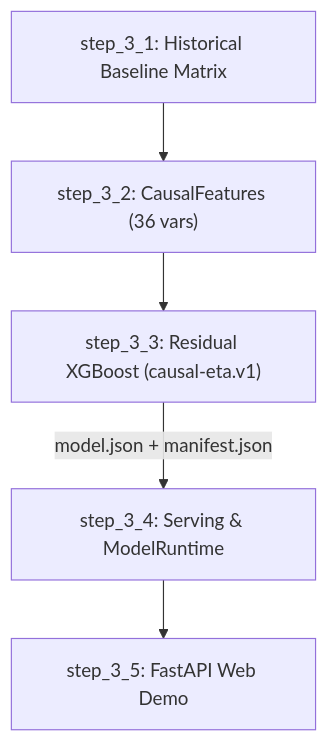
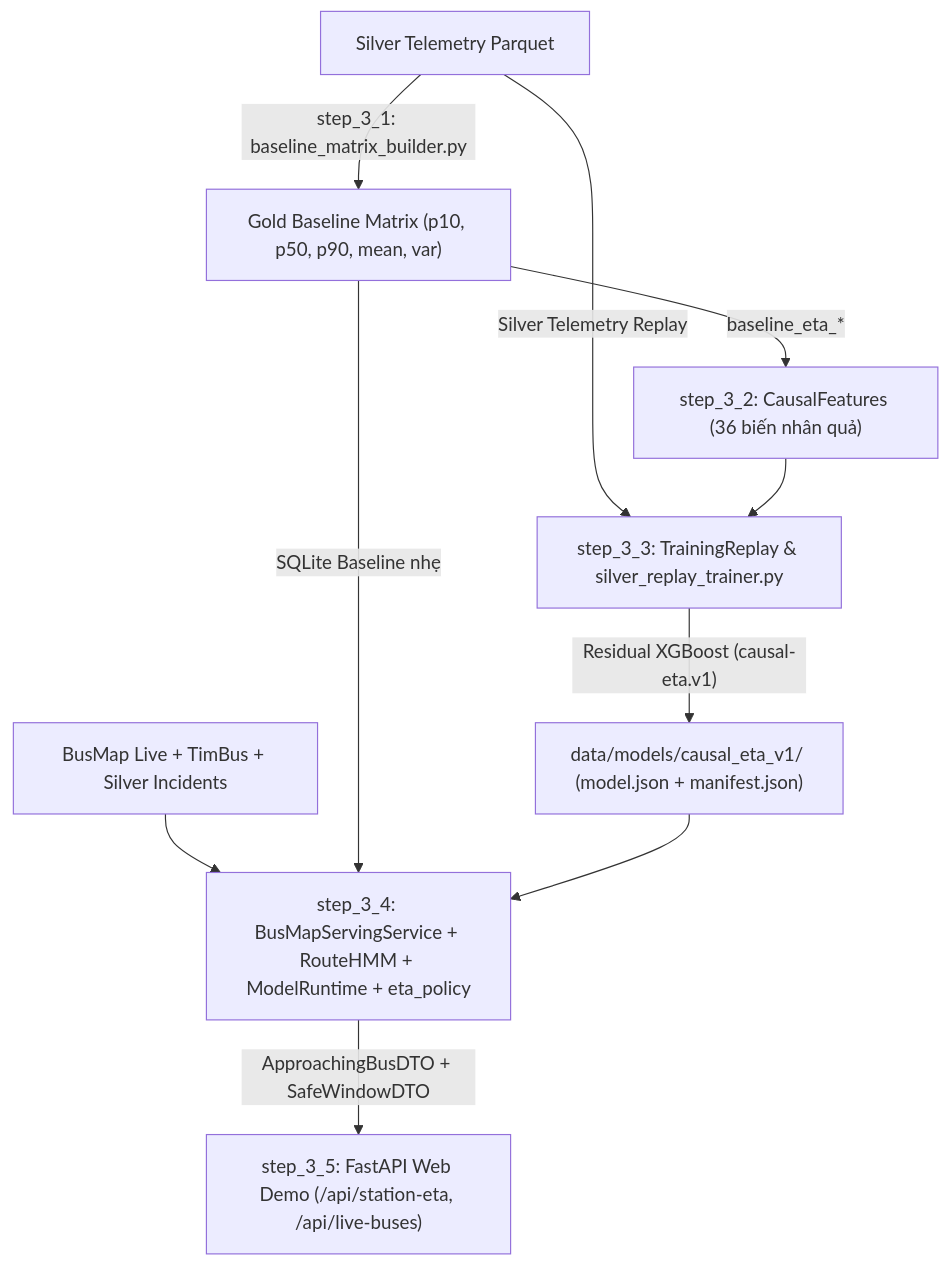
The diagram in module_3_bus_eta_prediction/README.md (toibinguz/Bus_tracking), drawn with Mermaid before and after one commit. The commit also changed 10 other files, not shown here.

Commit message:
docs: detail all vertical Mermaid diagrams and show Gold Baseline feeding ML training

````diff
--- a/module_3_bus_eta_prediction/README.md
+++ b/module_3_bus_eta_prediction/README.md
@@ -9,7 +9,12 @@
 ```mermaid
 flowchart TD
-    S31["step_3_1: Historical Baseline Matrix"] --> S32["step_3_2: CausalFeatures (36 vars)"]
-    S32 --> S33["step_3_3: Residual XGBoost (causal-eta.v1)"]
-    S33 -->|"model.json + manifest.json"| S34["step_3_4: Serving & ModelRuntime"]
-    S34 --> S35["step_3_5: FastAPI Web Demo"]
+    SIL["Silver Telemetry Parquet"] -->|"step_3_1: baseline_matrix_builder.py"| S31["Gold Baseline Matrix (p10, p50, p90, mean, var)"]
+    S31 -->|"baseline_eta_*"| S32["step_3_2: CausalFeatures (36 biến nhân quả)"]
+    SIL -->|"Silver Telemetry Replay"| S33["step_3_3: TrainingReplay & silver_replay_trainer.py"]
+    S32 --> S33
+    S33 -->|"Residual XGBoost (causal-eta.v1)"| ART["data/models/causal_eta_v1/ (model.json + manifest.json)"]
+    LIVE["BusMap Live + TimBus + Silver Incidents"] --> S34["step_3_4: BusMapServingService + RouteHMM + ModelRuntime + eta_policy"]
+    S31 -->|"SQLite Baseline nhẹ"| S34
+    ART --> S34
+    S34 -->|"ApproachingBusDTO + SafeWindowDTO"| S35["step_3_5: FastAPI Web Demo (/api/station-eta, /api/live-buses)"]
 ```
````
